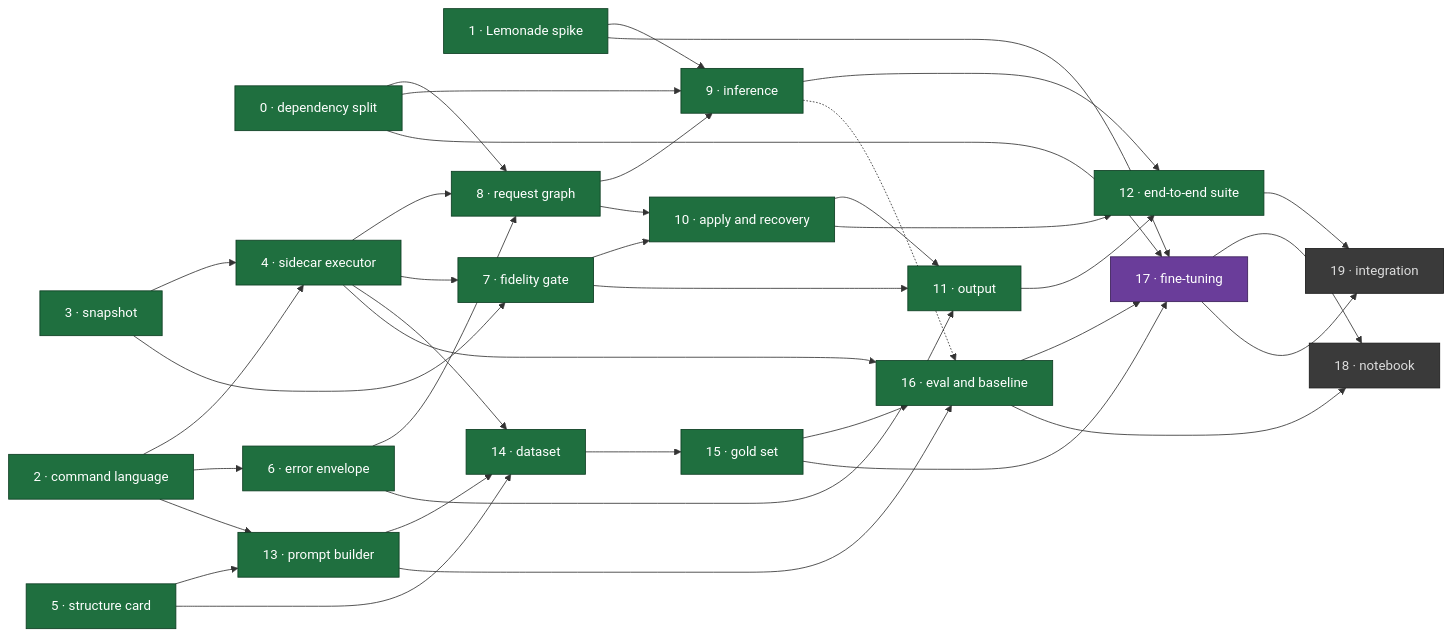
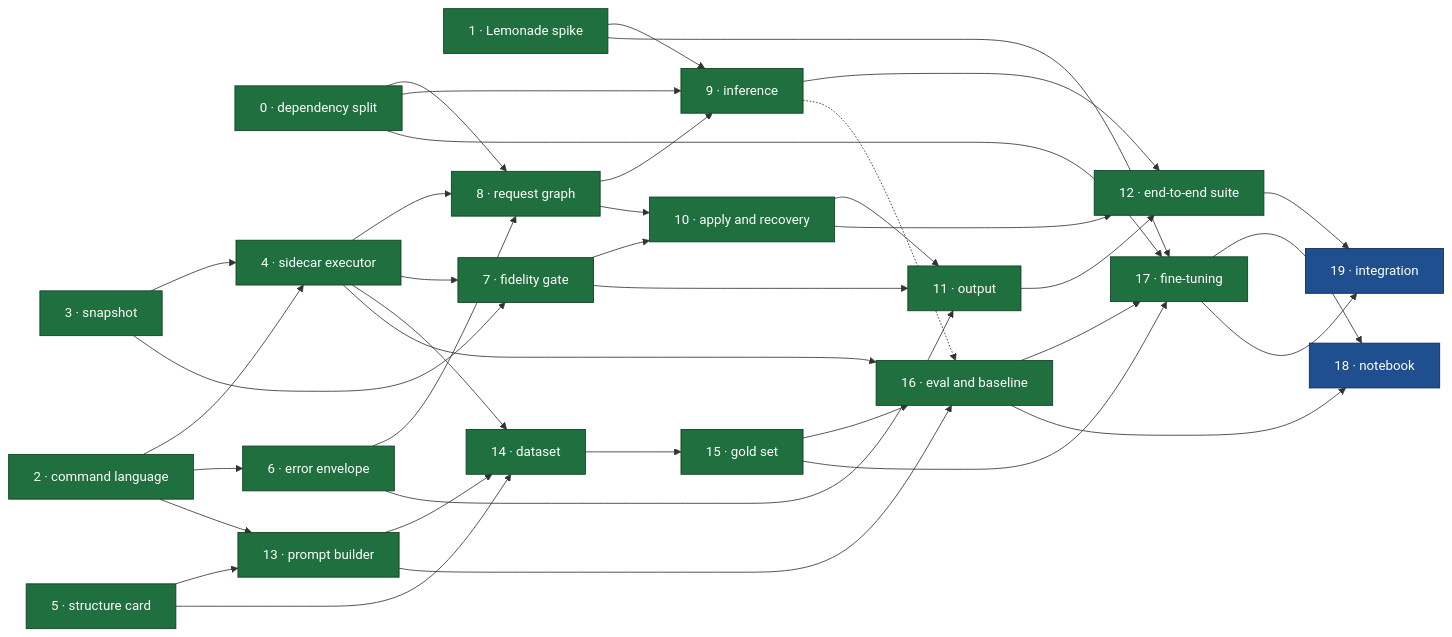
One commit to urban233/pymol-copilot changed the diagram in docs/master_plan.md. Above: the diagram before and after it, drawn with Mermaid. The commit also changed other lines of this file, not shown here.

Commit message:
docs(plan): Mark item 17 done as PR #59 and items 18 and 19 ready

````diff
--- a/docs/master_plan.md
+++ b/docs/master_plan.md
@@ -112,67 +112,67 @@
 ```mermaid
 flowchart LR
   classDef done fill:#1f6f3f,stroke:#0d3d22,color:#fff
   classDef review fill:#8a6d1a,stroke:#4d3c0c,color:#fff
   classDef ready fill:#1f4f8f,stroke:#0d2a4d,color:#fff
   classDef progress fill:#6a3d9a,stroke:#3a1f57,color:#fff
   classDef blocked fill:#3a3a3a,stroke:#1a1a1a,color:#ddd
 
   I0["0 · dependency split"]:::done
   I1["1 · Lemonade spike"]:::done
   I2["2 · command language"]:::done
   I3["3 · snapshot"]:::done
   I4["4 · sidecar executor"]:::done
   I5["5 · structure card"]:::done
   I6["6 · error envelope"]:::done
   I7["7 · fidelity gate"]:::done
   I8["8 · request graph"]:::done
   I9["9 · inference"]:::done
   I10["10 · apply and recovery"]:::done
   I11["11 · output"]:::done
   I12["12 · end-to-end suite"]:::done
   I13["13 · prompt builder"]:::done
   I14["14 · dataset"]:::done
   I15["15 · gold set"]:::done
   I16["16 · eval and baseline"]:::done
-  I17["17 · fine-tuning"]:::progress
-  I18["18 · notebook"]:::blocked
-  I19["19 · integration"]:::blocked
+  I17["17 · fine-tuning"]:::done
+  I18["18 · notebook"]:::ready
+  I19["19 · integration"]:::ready
 
   I2 --> I4
   I3 --> I4
   I2 --> I6
   I0 --> I8
   I4 --> I8
   I6 --> I8
   I3 --> I7
   I4 --> I7
   I0 --> I9
   I1 --> I9
   I8 --> I9
   I7 --> I10
   I8 --> I10
   I6 --> I11
   I7 --> I11
   I10 --> I11
   I9 --> I12
   I10 --> I12
   I11 --> I12
   I2 --> I13
   I5 --> I13
   I4 --> I14
   I5 --> I14
   I13 --> I14
   I14 --> I15
   I15 --> I16
   I13 --> I16
   I4 --> I16
   I9 -.-> I16
   I1 --> I17
   I0 --> I17
   I15 --> I17
   I16 --> I17
   I16 --> I18
   I17 --> I18
   I12 --> I19
   I17 --> I19
 ```
````
